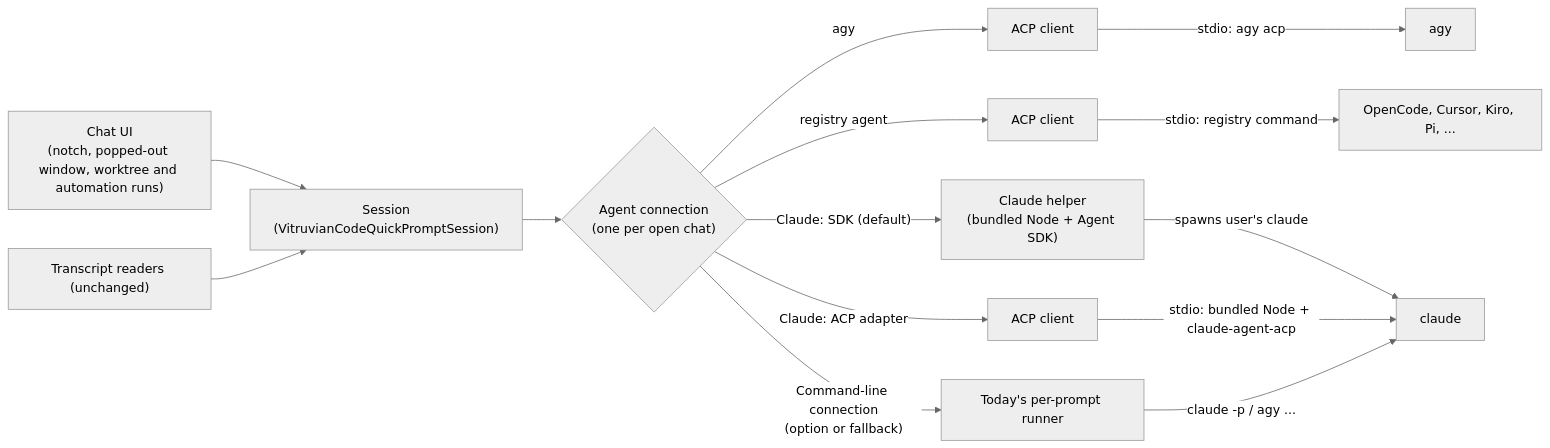
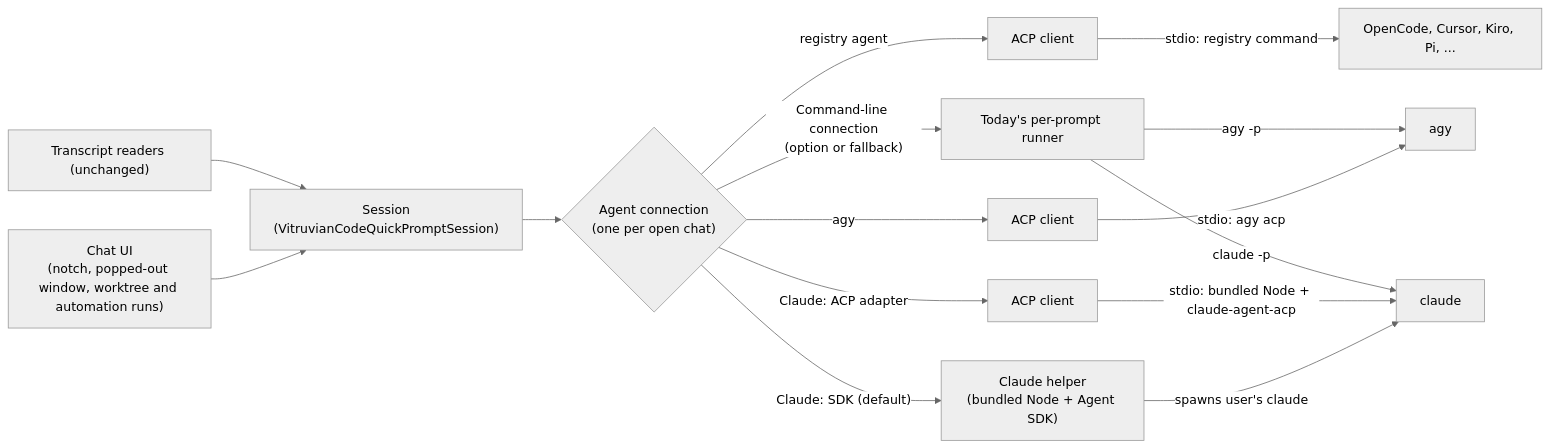
The diagram in apps/desktop/vitruvian-code/docs/designs/vitruvian-code-acp.md (VitruvianSoftware/vitruvian-core), drawn with Mermaid (neutral theme) before and after one commit. The commit also changed other lines of this file, not shown here.

````diff
--- a/apps/desktop/vitruvian-code/docs/designs/vitruvian-code-acp.md
+++ b/apps/desktop/vitruvian-code/docs/designs/vitruvian-code-acp.md
@@ -212,11 +230,13 @@
 ```mermaid
 flowchart LR
     UI["Chat UI<br>(notch, popped-out window, worktree and automation runs)"] --> S["Session<br>(VitruvianCodeQuickPromptSession)"]
     S --> C{"Agent connection<br>(one per open chat)"}
     C -->|agy| A["ACP client"] -->|"stdio: agy acp"| AGY["agy"]
     C -->|registry agent| A2["ACP client"] -->|"stdio: registry command"| REG["OpenCode, Cursor, Kiro, Pi, ..."]
     C -->|"Claude: SDK (default)"| H["Claude helper<br>(bundled Node + Agent SDK)"] -->|"spawns user's claude"| CL["claude"]
     C -->|"Claude: ACP adapter"| A3["ACP client"] -->|"stdio: bundled Node + claude-agent-acp"| CL
-    C -->|"Command-line connection<br>(option or fallback)"| L["Today's per-prompt runner"] -->|"claude -p / agy ..."| CL
+    C -->|"Command-line connection<br>(option or fallback)"| L["Today's per-prompt runner"]
+    L -->|"claude -p"| CL
+    L -->|"agy -p"| AGY
     T["Transcript readers (unchanged)"] --> S
 ```
````
